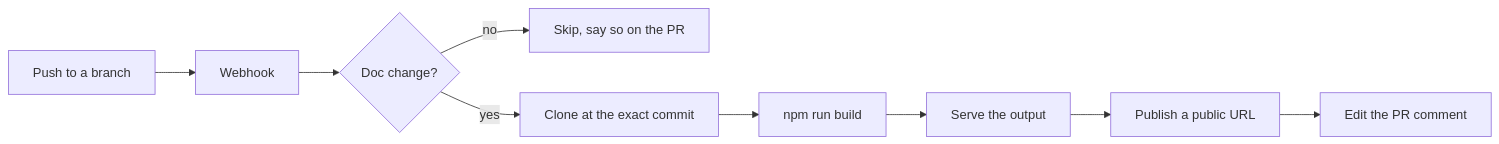
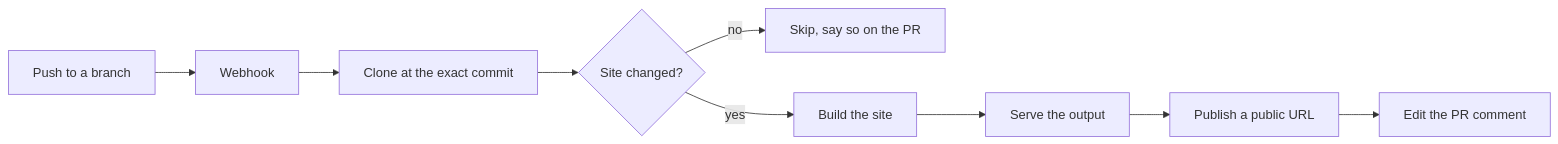
One commit to openziti-test-kitchen/docpreview changed the diagram in www/docs/intro.md. Above: the diagram before and after it, drawn with Mermaid. The commit also changed other lines of this file and 81 other files, not shown here.

````diff
--- a/www/docs/intro.md
+++ b/www/docs/intro.md
@@ -36,11 +37,11 @@
 ```mermaid
 flowchart LR
     A[Push to a branch] --> B[Webhook]
-    B --> C{Doc change?}
+    B --> E[Clone at the exact commit]
+    E --> C{Site changed?}
     C -->|no| D[Skip, say so on the PR]
-    C -->|yes| E[Clone at the exact commit]
-    E --> F[npm run build]
+    C -->|yes| F[Build the site]
     F --> G[Serve the output]
     G --> H[Publish a public URL]
     H --> I[Edit the PR comment]
 ```
````
